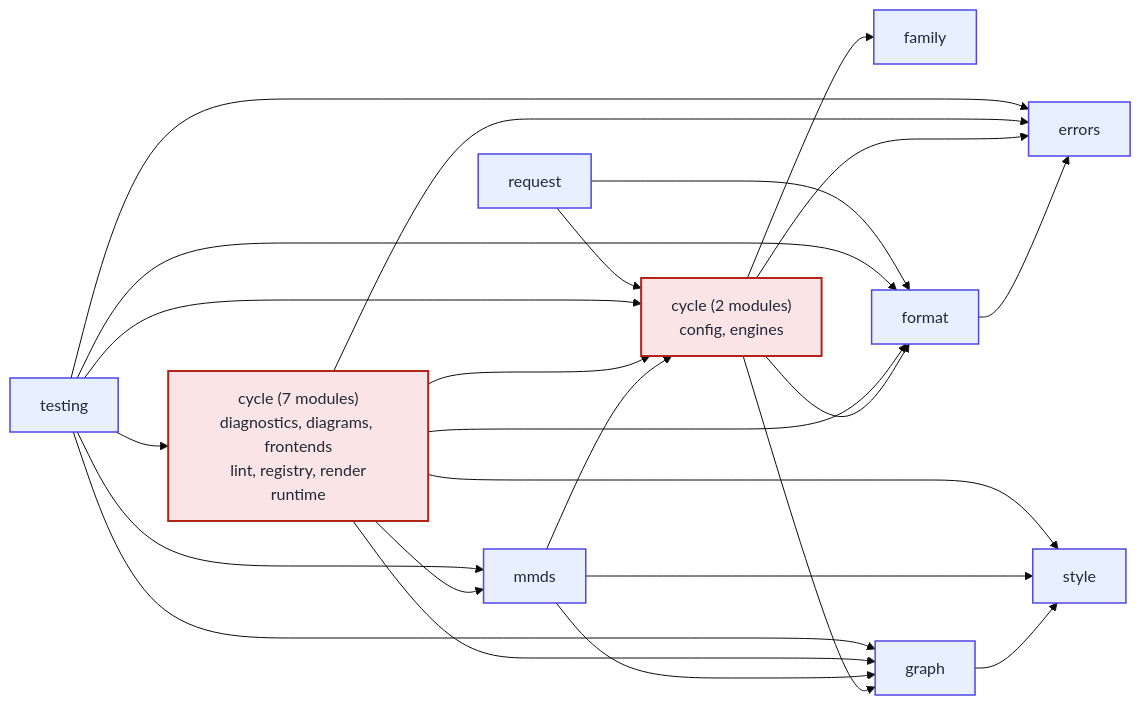
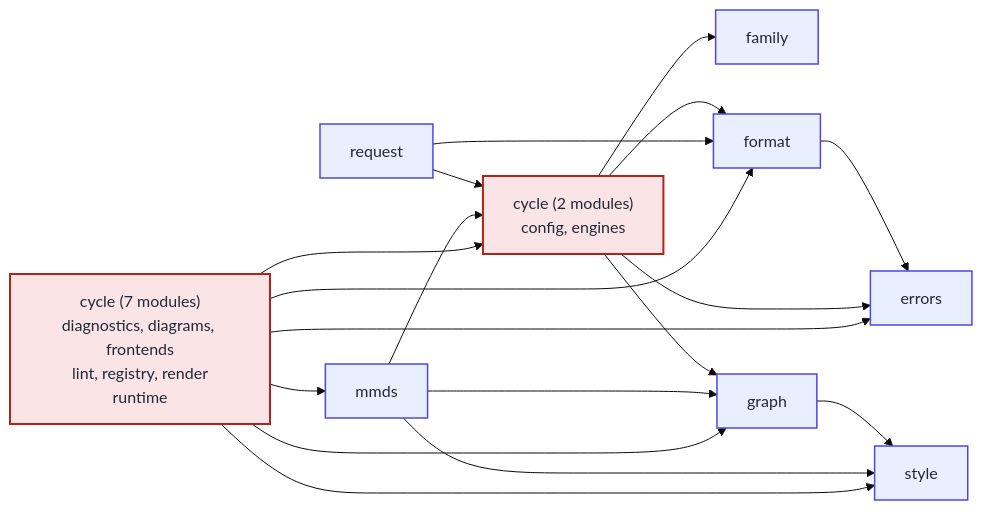
Before and after one commit to kevinswiber/mmdflux: the diagram in docs/architecture/module-dependency-scc-dag.mmd, drawn with Mermaid (base theme). The commit also changed 2 other files, not shown here.

```diff
--- a/docs/architecture/module-dependency-scc-dag.mmd
+++ b/docs/architecture/module-dependency-scc-dag.mmd
@@ -1,43 +1,36 @@
 %% Generated by scripts/generate-rust-module-deps-scc.py
 %% crate-root: src/lib.rs
 %% max-depth: 1
-%% component-count: 10
+%% component-count: 9
 %% largest-scc-size: 7
 flowchart LR
-    scc_8["request"]
-    scc_9["testing"]
     scc_7["cycle (7 modules)<br/>diagnostics, diagrams, frontends<br/>lint, registry, render<br/>runtime"]
     scc_6["mmds"]
+    scc_8["request"]
     scc_5["cycle (2 modules)<br/>config, engines"]
     scc_1["family"]
     scc_2["format"]
     scc_0["errors"]
     scc_4["graph"]
     scc_3["style"]
-    scc_8 --> scc_2
-    scc_8 --> scc_5
-    scc_9 --> scc_0
-    scc_9 --> scc_2
-    scc_9 --> scc_4
-    scc_9 --> scc_5
-    scc_9 --> scc_6
-    scc_9 --> scc_7
     scc_7 --> scc_0
     scc_7 --> scc_2
     scc_7 --> scc_3
     scc_7 --> scc_4
     scc_7 --> scc_5
     scc_7 --> scc_6
     scc_6 --> scc_3
     scc_6 --> scc_4
     scc_6 --> scc_5
+    scc_8 --> scc_2
+    scc_8 --> scc_5
     scc_5 --> scc_0
     scc_5 --> scc_1
     scc_5 --> scc_2
     scc_5 --> scc_4
     scc_2 --> scc_0
     scc_4 --> scc_3
     classDef cycle fill:#fbe4e6,stroke:#b42318,stroke-width:2px,color:#1f2937;
     classDef singleton fill:#e8f0ff,stroke:#4f46e5,stroke-width:1.5px,color:#1f2937;
     class scc_5,scc_7 cycle;
-    class scc_0,scc_1,scc_2,scc_3,scc_4,scc_6,scc_8,scc_9 singleton;
+    class scc_0,scc_1,scc_2,scc_3,scc_4,scc_6,scc_8 singleton;
```
